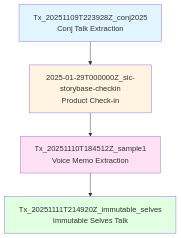
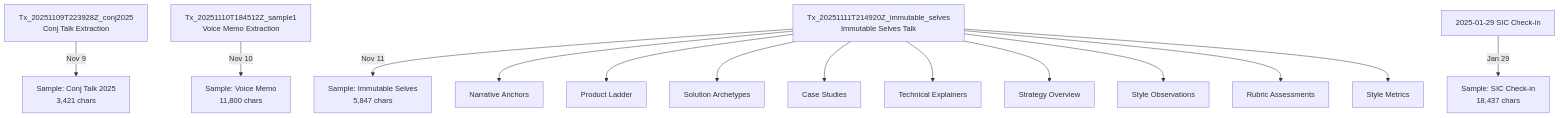
One commit to Synthetic-Identity-Co/conj-talk-2025 changed the first of 3 diagrams in README.md. Above: the diagram before and after it, drawn with Mermaid. The commit also changed other lines of this file, not shown here.

````diff
--- a/README.md
+++ b/README.md
@@ -162,11 +115,22 @@
 ```mermaid
 graph TD
-    A[Tx_20251109T223928Z_conj2025<br/>Conj Talk Extraction] --> B[2025-01-29T000000Z_sic-storybase-checkin<br/>Product Check-in]
-    B --> C[Tx_20251110T184512Z_sample1<br/>Voice Memo Extraction]
-    C --> D[Tx_20251111T214920Z_immutable_selves<br/>Immutable Selves Talk]
+    T1[Tx_20251109T223928Z_conj2025<br/>Conj Talk Extraction]
+    T2[Tx_20251110T184512Z_sample1<br/>Voice Memo Extraction]
+    T3[Tx_20251111T214920Z_immutable_selves<br/>Immutable Selves Talk]
+    T4[2025-01-29 SIC Check-in]
     
-    style A fill:#e1f5ff
-    style B fill:#fff4e1
-    style C fill:#ffe1f5
-    style D fill:#e1ffe1
+    T1 -->|Nov 9| S1[Sample: Conj Talk 2025<br/>3,421 chars]
+    T2 -->|Nov 10| S2[Sample: Voice Memo<br/>11,800 chars]
+    T3 -->|Nov 11| S3[Sample: Immutable Selves<br/>5,847 chars]
+    T4 -->|Jan 29| S4[Sample: SIC Check-in<br/>18,437 chars]
+    
+    T3 --> NA[Narrative Anchors]
+    T3 --> PL[Product Ladder]
+    T3 --> SA[Solution Archetypes]
+    T3 --> CS[Case Studies]
+    T3 --> TE[Technical Explainers]
+    T3 --> SO[Strategy Overview]
+    T3 --> ST[Style Observations]
+    T3 --> RA[Rubric Assessments]
+    T3 --> SM[Style Metrics]
 ```
````
